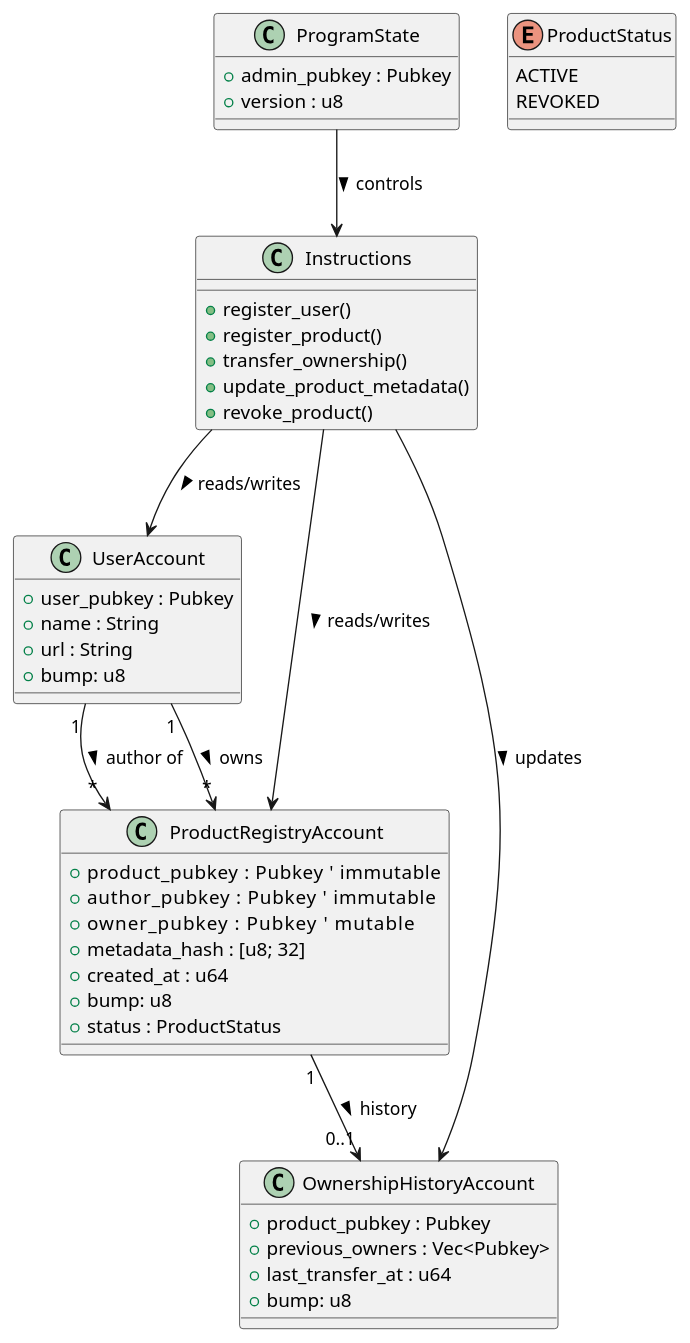
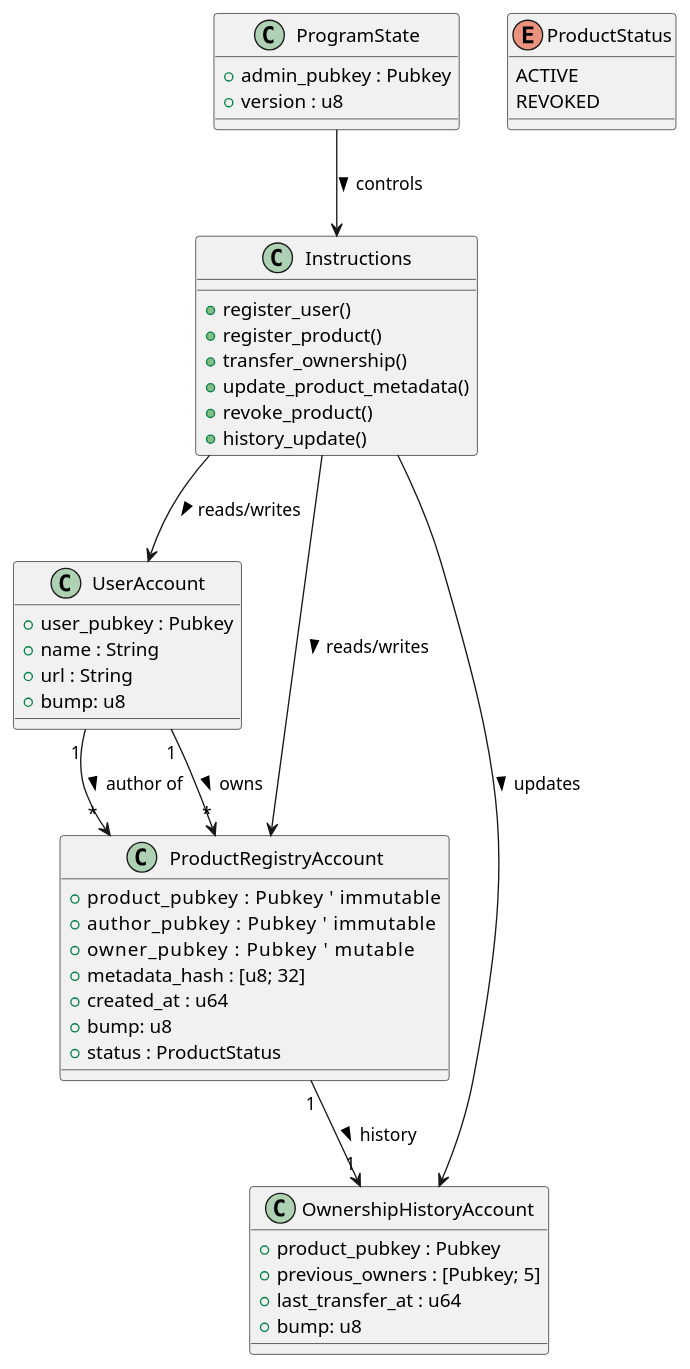
One commit to abdotharwat1024/tagme changed the diagram in docs/class diagram/Solana On-Chain Program.puml. Above: the diagram before and after it, drawn with PlantUML. The commit also changed 5 other files, not shown here.

Commit message:
Adding update history instruction, update register product to include the product registration, update the documentation

```diff
--- a/docs/class diagram/Solana On-Chain Program.puml
+++ b/docs/class diagram/Solana On-Chain Program.puml
@@ -1,66 +1,67 @@
 @startuml Solana On-Chain Program - Class Diagram
 
 ' ---------------------------
 ' Core Accounts / Structures
 ' ---------------------------
 class UserAccount {
     + user_pubkey : Pubkey
     + name : String
     + url : String
     + bump: u8
 }
 
 class ProductRegistryAccount {
     + product_pubkey : Pubkey     ' immutable
     + author_pubkey : Pubkey      ' immutable
     + owner_pubkey : Pubkey       ' mutable
     + metadata_hash : [u8; 32]
     + created_at : u64
     + bump: u8
     + status : ProductStatus
 }
 
 enum ProductStatus {
     ACTIVE
     REVOKED
 }
 
 class ProgramState {
     + admin_pubkey : Pubkey
     + version : u8
 }
 
 class OwnershipHistoryAccount {
     + product_pubkey : Pubkey
-    + previous_owners : Vec<Pubkey>
+    + previous_owners : [Pubkey; 5]
     + last_transfer_at : u64
     + bump: u8
 }
 
 ' ---------------------------
 ' Instructions (Methods)
 ' ---------------------------
 
 class Instructions {
     + register_user()
     + register_product()
     + transfer_ownership()
     + update_product_metadata()
     + revoke_product()
+    + history_update()
 }
 
 ' ---------------------------
 ' Relationships
 ' ---------------------------
 
 UserAccount "1" --> "*" ProductRegistryAccount : author of >
 UserAccount "1" --> "*" ProductRegistryAccount : owns >
 ProgramState --> Instructions : controls >
 Instructions --> UserAccount : reads/writes >
 Instructions --> ProductRegistryAccount : reads/writes >
 Instructions --> OwnershipHistoryAccount : updates >
-ProductRegistryAccount "1" --> "0..1" OwnershipHistoryAccount : history >
+ProductRegistryAccount "1" --> "1" OwnershipHistoryAccount : history >
 
 
 
 @enduml
```
